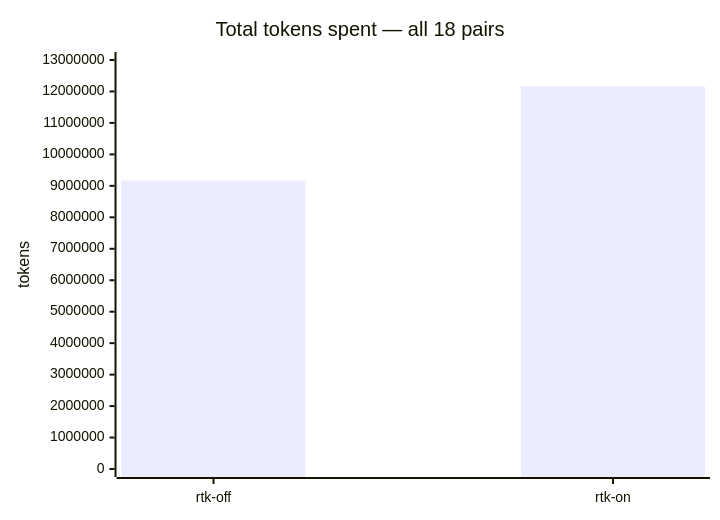
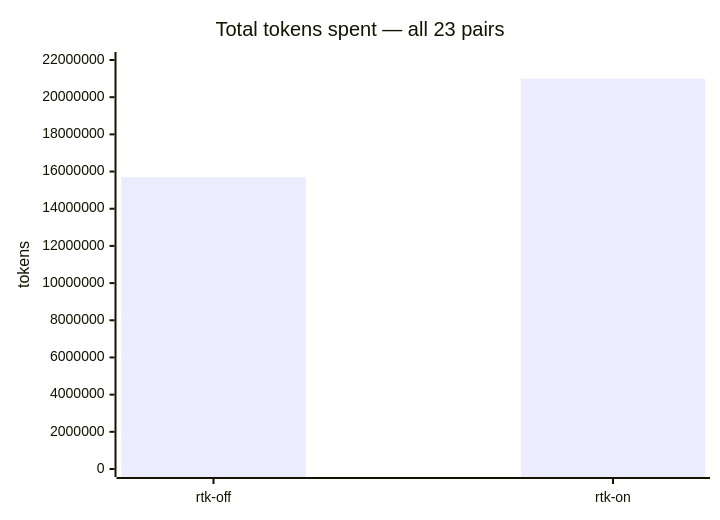
Before and after one commit to agneym/rtk-small-eval: the first of 2 diagrams in README.md, drawn with Mermaid. The commit also changed other lines of this file and 56 other files, not shown here.

````diff
--- a/README.md
+++ b/README.md
@@ -23,7 +23,7 @@
 ```mermaid
 xychart-beta
-    title "Total tokens spent — all 18 pairs"
+    title "Total tokens spent — all 23 pairs"
     x-axis ["rtk-off", "rtk-on"]
-    y-axis "tokens" 0 --> 13000000
-    bar [9171502, 12158250]
+    y-axis "tokens" 0 --> 22000000
+    bar [15696536, 20989751]
 ```
````
